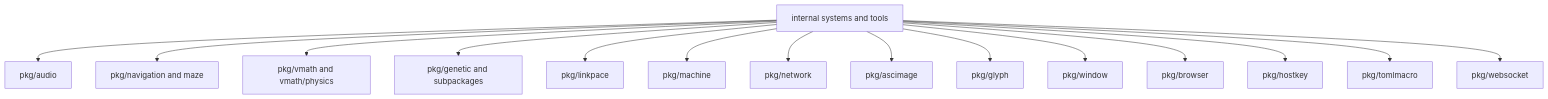
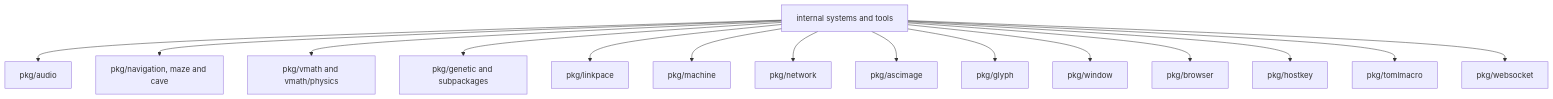
The fourth of 4 diagrams in doc/package-map.md (lixenwraith/vif), drawn with Mermaid before and after one commit. The commit also changed other lines of this file and 30 other files, not shown here.

Commit message:
Cave side-scroller: pkg/cave, gun aim and the vanguard scenario (#858)

````diff
--- a/doc/package-map.md
+++ b/doc/package-map.md
@@ -110,17 +110,17 @@
 ```mermaid
 flowchart TD
     Game["internal systems and tools"] --> Audio["pkg/audio"]
-    Game --> Nav["pkg/navigation and maze"]
+    Game --> Nav["pkg/navigation, maze and cave"]
     Game --> Physics["pkg/vmath and vmath/physics"]
     Game --> Genetic["pkg/genetic and subpackages"]
     Game --> Link["pkg/linkpace"]
     Game --> Machine["pkg/machine"]
     Game --> Network["pkg/network"]
     Game --> Image["pkg/ascimage"]
     Game --> Glyph["pkg/glyph"]
     Game --> Window["pkg/window"]
     Game --> Browser["pkg/browser"]
     Game --> HostKey["pkg/hostkey"]
     Game --> Macro["pkg/tomlmacro"]
     Game --> Socket["pkg/websocket"]
 ```
````
